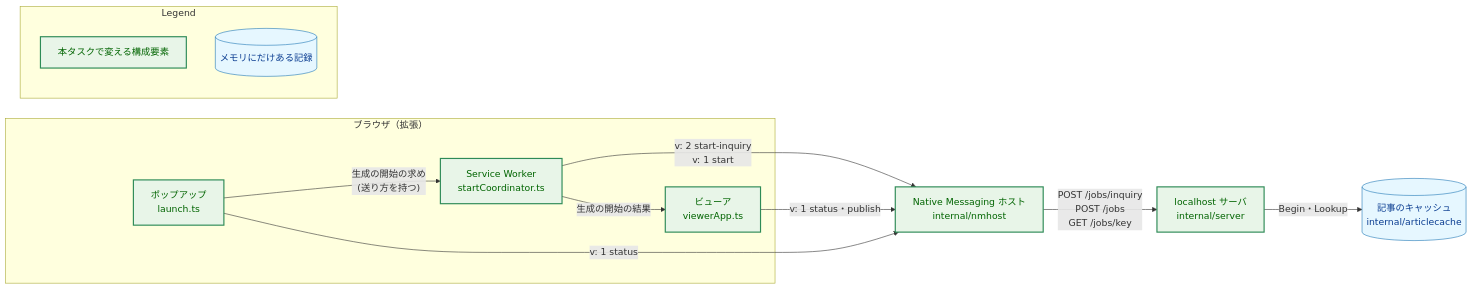
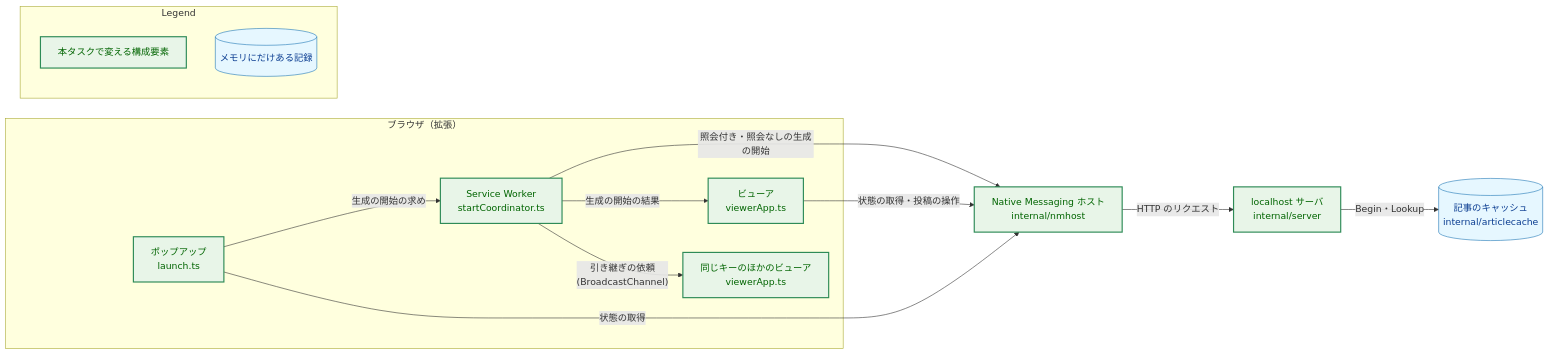
The second of 6 diagrams in docs/tasks/0058_same_video_article/02_architecture.md (isseis/yt2column), drawn with Mermaid before and after one commit. The commit also changed other lines of this file, not shown here.

````diff
--- a/docs/tasks/0058_same_video_article/02_architecture.md
+++ b/docs/tasks/0058_same_video_article/02_architecture.md
@@ -113,33 +113,34 @@
 ```mermaid
 flowchart LR
     classDef data fill:#e6f7ff,stroke:#1f77b4,stroke-width:1px,color:#0b3d91;
-    classDef process fill:#fff1e6,stroke:#ff7f0e,stroke-width:1px,color:#8a3e00;
     classDef enhanced fill:#e8f5e8,stroke:#2e8b57,stroke-width:2px,color:#006400;
 
     subgraph Browser["ブラウザ（拡張）"]
         POPUP["ポップアップ<br>launch.ts"]
         SW["Service Worker<br>startCoordinator.ts"]
         VIEWER["ビューア<br>viewerApp.ts"]
+        OTHER["同じキーのほかのビューア<br>viewerApp.ts"]
     end
     HOST["Native Messaging ホスト<br>internal/nmhost"]
     SERVER["localhost サーバ<br>internal/server"]
     CACHE[("記事のキャッシュ<br>internal/articlecache")]
 
-    POPUP -->|"生成の開始の求め<br>(送り方を持つ)"| SW
-    SW -->|"v: 2 start-inquiry<br>v: 1 start"| HOST
-    POPUP -->|"v: 1 status"| HOST
-    VIEWER -->|"v: 1 status・publish"| HOST
+    POPUP -->|"生成の開始の求め"| SW
+    SW -->|"照会付き・照会なしの生成の開始"| HOST
+    POPUP -->|"状態の取得"| HOST
+    VIEWER -->|"状態の取得・投稿の操作"| HOST
     SW -->|"生成の開始の結果"| VIEWER
-    HOST -->|"POST /jobs/inquiry<br>POST /jobs<br>GET /jobs/key"| SERVER
+    SW -->|"引き継ぎの依頼<br>(BroadcastChannel)"| OTHER
+    HOST -->|"HTTP のリクエスト"| SERVER
     SERVER -->|"Begin・Lookup"| CACHE
 
-    class POPUP,SW,VIEWER,HOST,SERVER enhanced
+    class POPUP,SW,VIEWER,OTHER,HOST,SERVER enhanced
     class CACHE data
 
     subgraph Legend["Legend"]
         L1["本タスクで変える構成要素"]
         L2[("メモリにだけある記録")]
     end
     class L1 enhanced
     class L2 data
 ```
````
